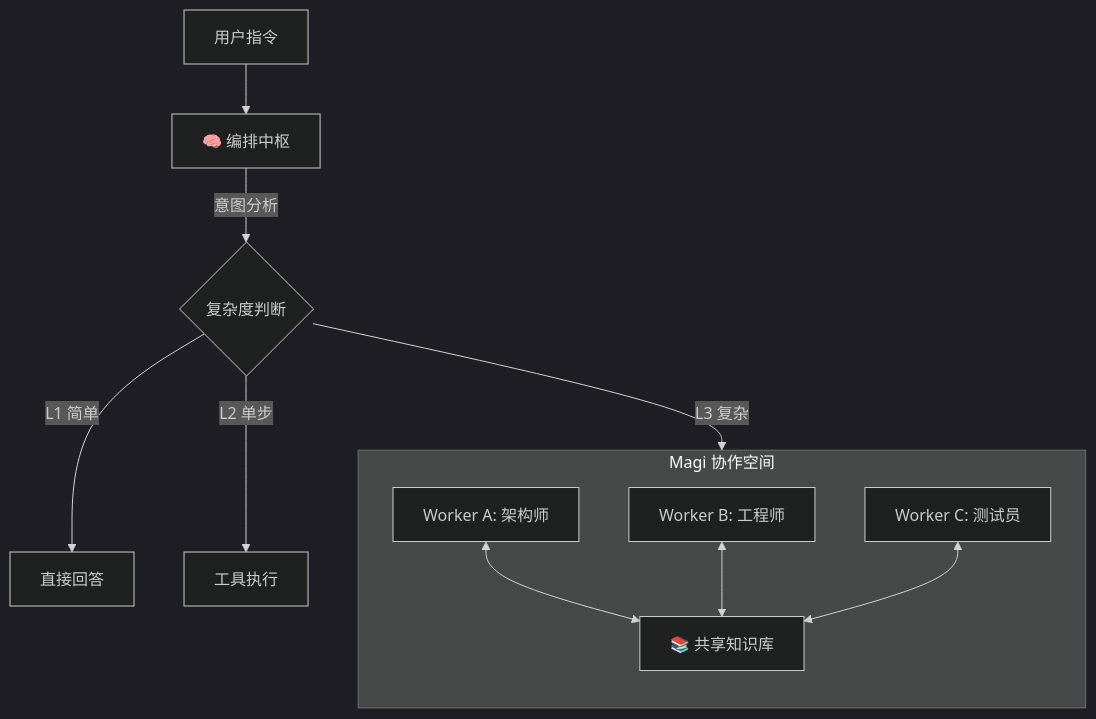
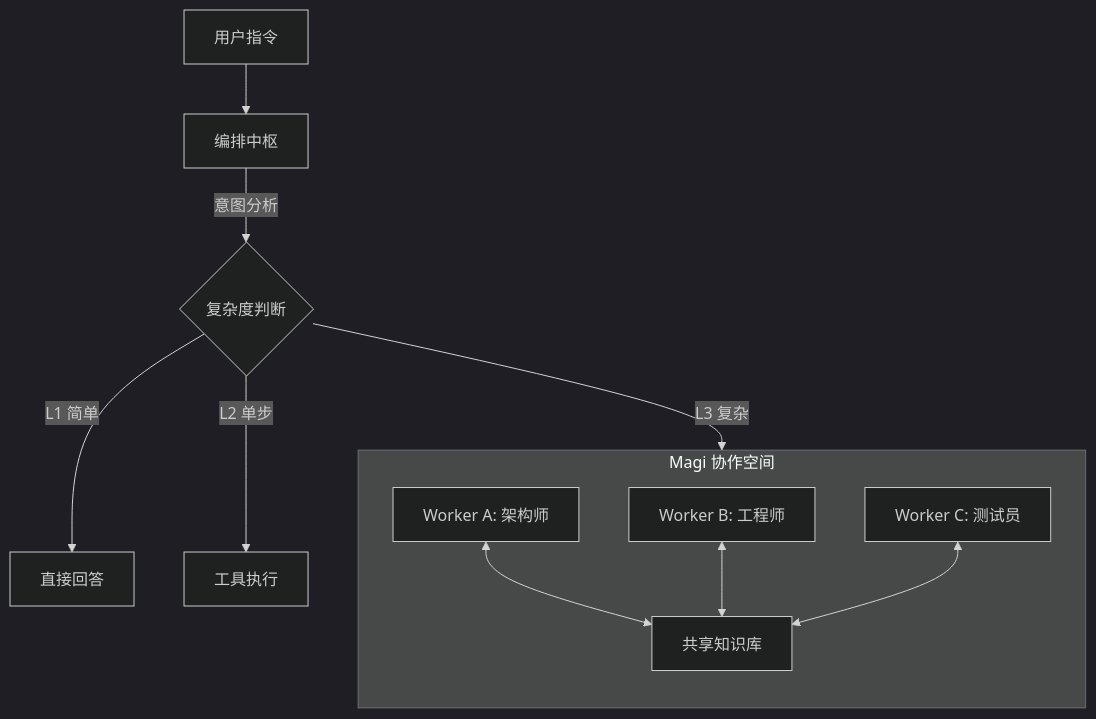
One commit to MistRipple/magi-code changed the diagram in README.md. Above: the diagram before and after it, drawn with Mermaid (dark theme). The commit also changed other lines of this file, not shown here.

````diff
--- a/README.md
+++ b/README.md
@@ -55,21 +56,21 @@
 ```mermaid
 graph TD
-    User[用户指令] --> Orchestrator[🧠 编排中枢]
+    User[用户指令] --> Orchestrator[编排中枢]
     Orchestrator --> |意图分析| Planner{复杂度判断}
     
     Planner --> |L1 简单| Direct[直接回答]
     Planner --> |L2 单步| Tools[工具执行]
-    Planner --> |L3 复杂| MultiAgent[🤖 多智能体协作]
+    Planner --> |L3 复杂| MultiAgent[多智能体协作]
     
     subgraph MultiAgent [Magi 协作空间]
         direction TB
         W1[Worker A: 架构师] 
         W2[Worker B: 工程师]
         W3[Worker C: 测试员]
-        Context[📚 共享知识库]
+        Context[共享知识库]
         
         W1 <--> Context
         W2 <--> Context
         W3 <--> Context
     end
 ```
````
